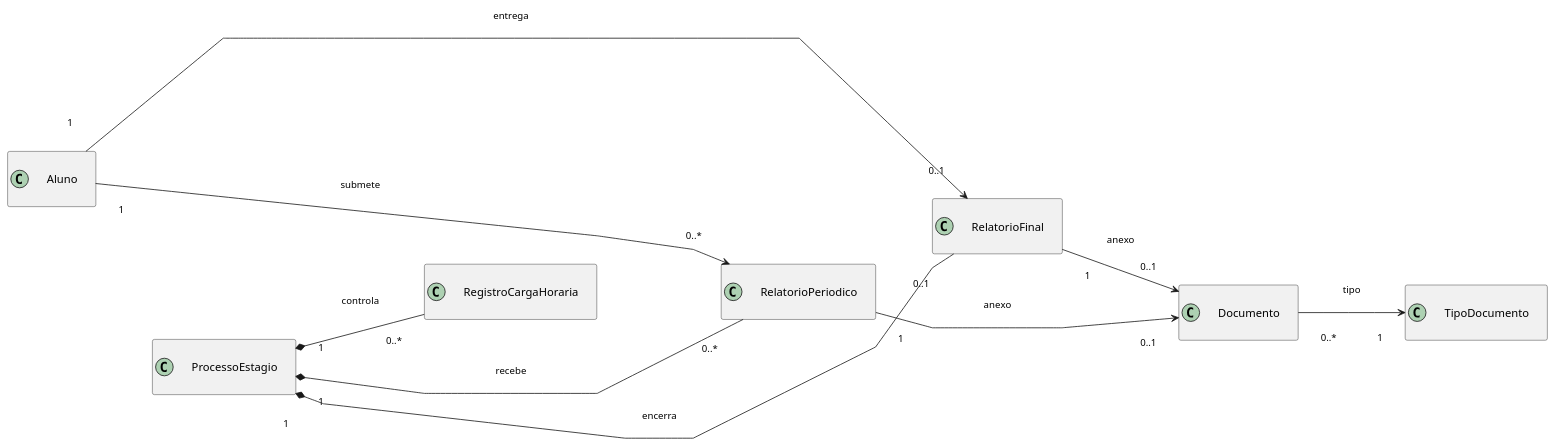
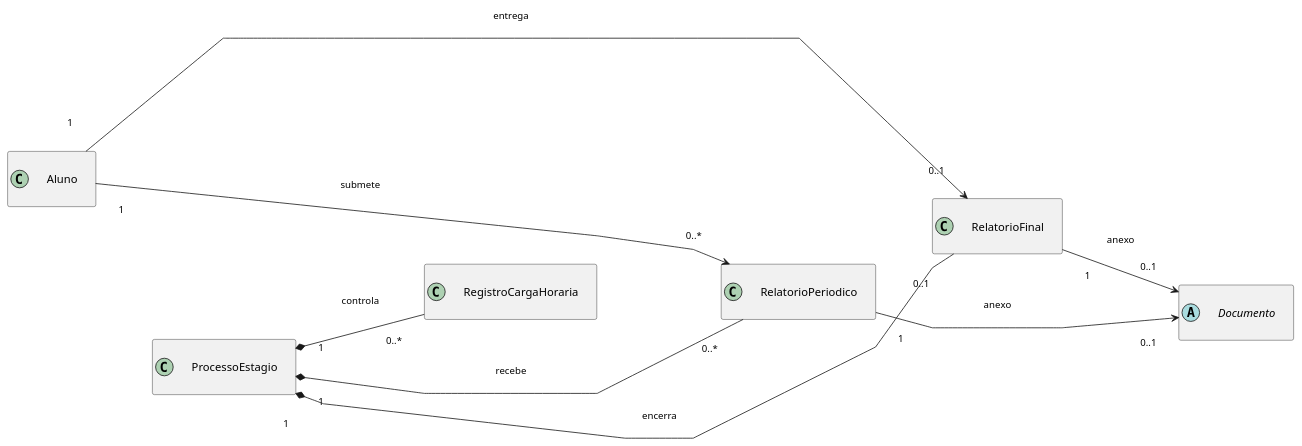
One commit to Projetos-de-Extensao/PBE_26.1_8002_I changed the sixth of 8 diagrams in docs/Elaboracao/diagrma_de_classes.md. Above: the diagram before and after it, drawn with PlantUML. The commit also changed other lines of this file, not shown here.

Commit message:
docs: Correção e removção de classes no diagrama de classes

````diff
--- a/docs/Elaboracao/diagrma_de_classes.md
+++ b/docs/Elaboracao/diagrma_de_classes.md
@@ -296,33 +243,31 @@
 ```puml
 @startuml
 left to right direction
 hide empty members
 skinparam classAttributeIconSize 0
 skinparam linetype polyline
 skinparam nodesep 70
 skinparam ranksep 70
 skinparam Padding 20
 skinparam ArrowFontSize 12
 
 class Aluno
 class ProcessoEstagio
 class RegistroCargaHoraria
 class RelatorioPeriodico
 class RelatorioFinal
-class Documento
-class TipoDocumento
+abstract class Documento
 
 Aluno "1" --> "0..*" RelatorioPeriodico : submete
 Aluno "1" --> "0..1" RelatorioFinal : entrega
 ProcessoEstagio "1" *-- "0..*" RegistroCargaHoraria : controla
 ProcessoEstagio "1" *-- "0..*" RelatorioPeriodico : recebe
 ProcessoEstagio "1" *-- "0..1" RelatorioFinal : encerra
 RelatorioPeriodico "1" --> "0..1" Documento : anexo
 RelatorioFinal "1" --> "0..1" Documento : anexo
-Documento "0..*" --> "1" TipoDocumento : tipo
 
 Aluno -[hidden]- ProcessoEstagio
 RegistroCargaHoraria -[hidden]down- RelatorioPeriodico
 RelatorioPeriodico -[hidden]down- RelatorioFinal
 @enduml
 ```
````
